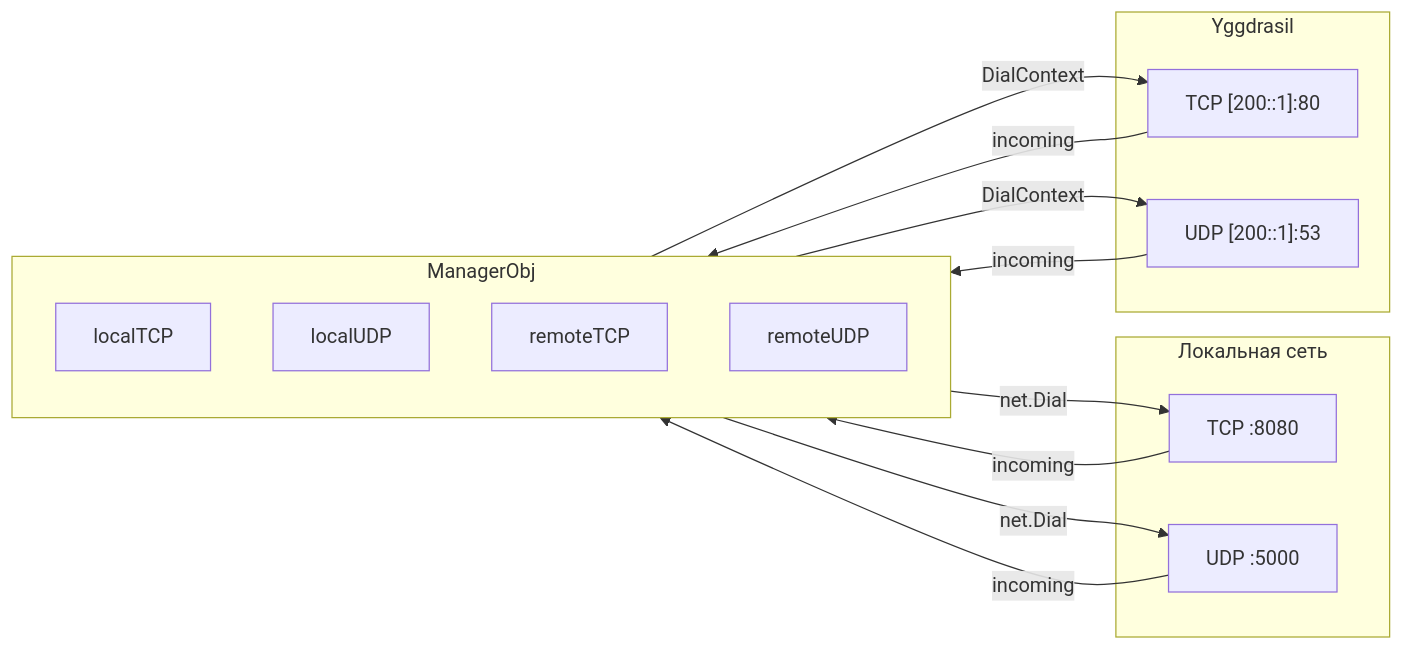
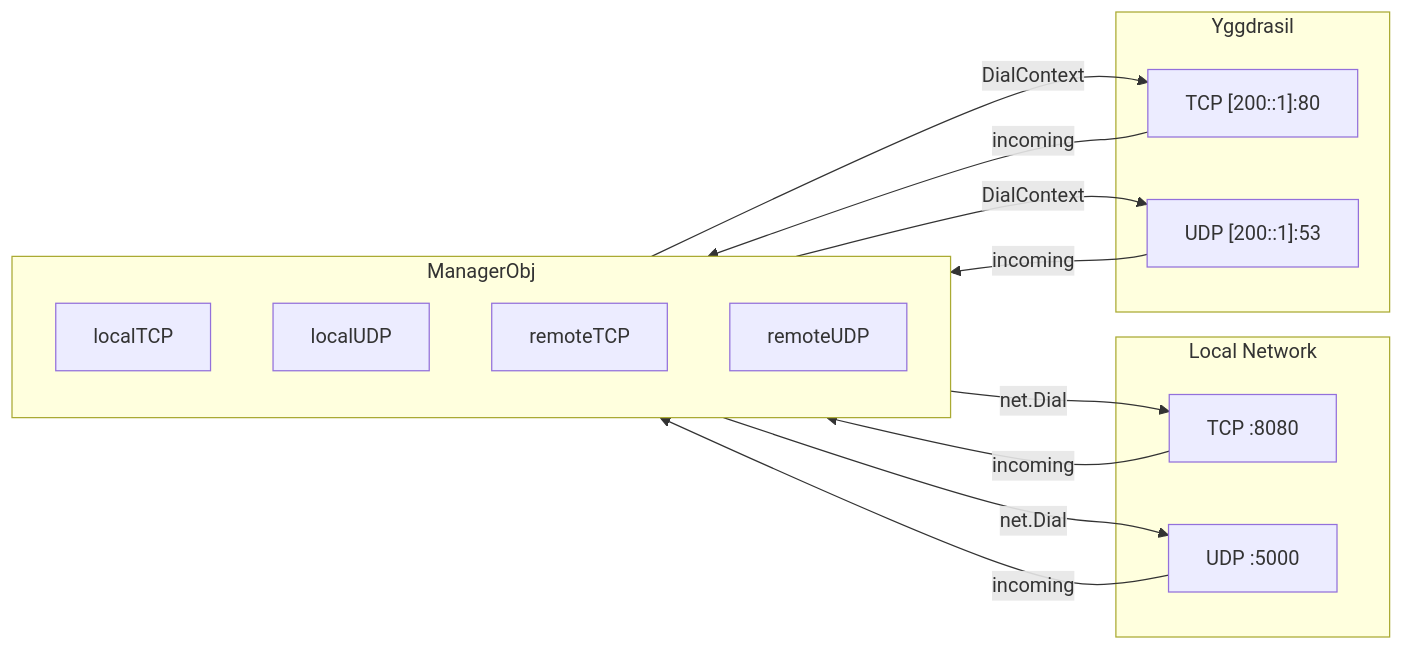
One commit to voluminor/ratatoskr changed the first of 3 diagrams in mod/forward/README.md. Above: the diagram before and after it, drawn with Mermaid. The commit also changed other lines of this file and 6 other files, not shown here.

````diff
--- a/mod/forward/README.md
+++ b/mod/forward/README.md
@@ -24,29 +25,29 @@
 ```mermaid
 flowchart LR
-    subgraph Local["Локальная сеть"]
+  subgraph Local["Local Network"]
         LT["TCP :8080"]
         LU["UDP :5000"]
     end
 
     subgraph Manager["ManagerObj"]
         direction TB
         LocalTCP["localTCP"]
         LocalUDP["localUDP"]
         RemoteTCP["remoteTCP"]
         RemoteUDP["remoteUDP"]
     end
 
     subgraph Ygg["Yggdrasil"]
         RT["TCP [200::1]:80"]
         RU["UDP [200::1]:53"]
     end
 
     LT -->|" incoming "| LocalTCP
     LocalTCP -->|" DialContext "| RT
     RT -->|" incoming "| RemoteTCP
     RemoteTCP -->|" net.Dial "| LT
     LU -->|" incoming "| LocalUDP
     LocalUDP -->|" DialContext "| RU
     RU -->|" incoming "| RemoteUDP
     RemoteUDP -->|" net.Dial "| LU
 ```
````
